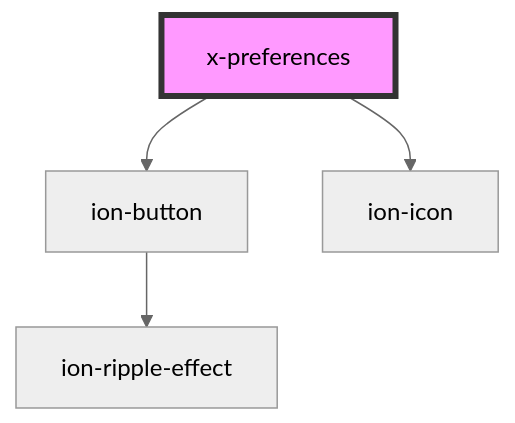
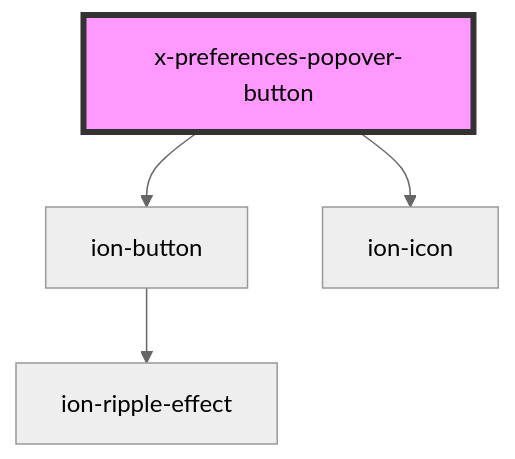
The diagram in src/components/x-ui/preferences/popover-button/readme.md (gitter-badger/x-ui), drawn with Mermaid (neutral theme) before and after one commit. The commit also changed 53 other files, not shown here.

````diff
--- a/src/components/x-ui/preferences/popover-button/readme.md
+++ b/src/components/x-ui/preferences/popover-button/readme.md
@@ -23,7 +23,7 @@
 ```mermaid
 graph TD;
-  x-preferences --> ion-button
-  x-preferences --> ion-icon
+  x-preferences-popover-button --> ion-button
+  x-preferences-popover-button --> ion-icon
   ion-button --> ion-ripple-effect
-  style x-preferences fill:#f9f,stroke:#333,stroke-width:4px
+  style x-preferences-popover-button fill:#f9f,stroke:#333,stroke-width:4px
 ```
````
